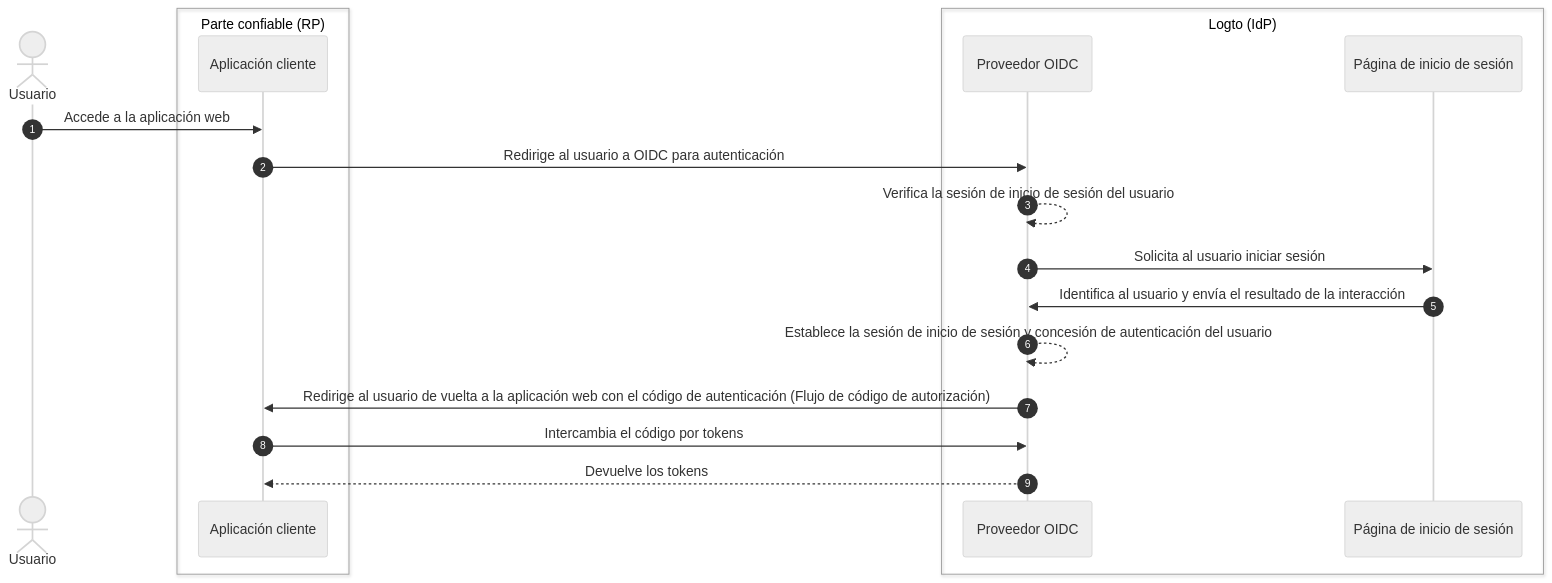
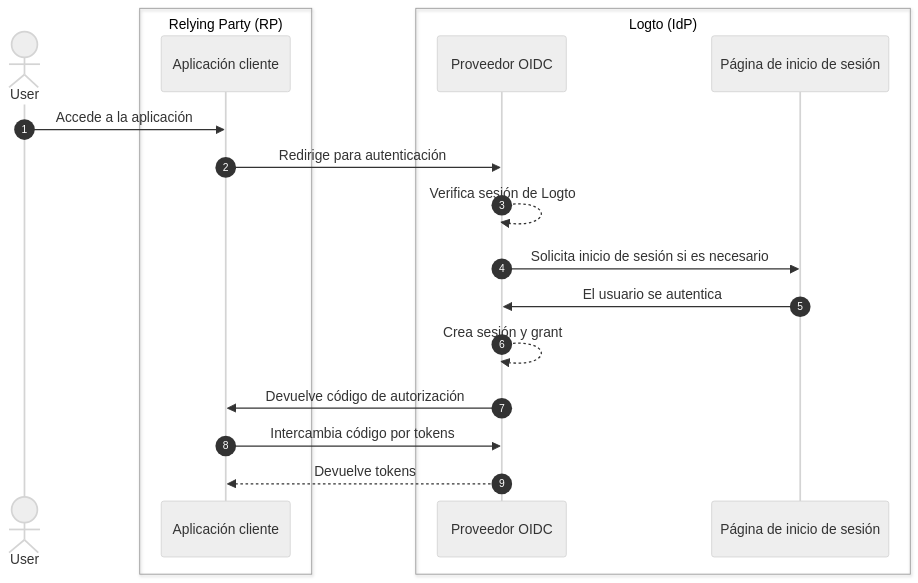
Before and after one commit to logto-io/docs: the second of 5 diagrams in i18n/es/docusaurus-plugin-content-docs/current/end-user-flows/sign-out.mdx, drawn with Mermaid (neutral theme). The commit also changed other lines of this file and 74 other files, not shown here.

````diff
--- a/i18n/es/docusaurus-plugin-content-docs/current/end-user-flows/sign-out.mdx
+++ b/i18n/es/docusaurus-plugin-content-docs/current/end-user-flows/sign-out.mdx
@@ -13,24 +62,24 @@
 ```mermaid
-  sequenceDiagram
-    autonumber
-    actor Usuario
+sequenceDiagram
+  autonumber
+  actor User
 
-    box Parte confiable (RP)
-      participant Cliente as Aplicación cliente
-    end
+  box Relying Party (RP)
+    participant Client as Aplicación cliente
+  end
 
-    box Logto (IdP)
-      participant OIDC as Proveedor OIDC
-      participant SignIn as Página de inicio de sesión
-    end
+  box Logto (IdP)
+    participant OIDC as Proveedor OIDC
+    participant SignIn as Página de inicio de sesión
+  end
 
-    Usuario ->> Cliente: Accede a la aplicación web
-    Cliente ->> OIDC: Redirige al usuario a OIDC para autenticación
-    OIDC -->> OIDC: Verifica la sesión de inicio de sesión del usuario
-    OIDC ->> SignIn: Solicita al usuario iniciar sesión
-    SignIn ->> OIDC: Identifica al usuario y envía el resultado de la interacción
-    OIDC -->> OIDC: Establece la sesión de inicio de sesión y concesión de autenticación del usuario
-    OIDC ->> Cliente: Redirige al usuario de vuelta a la aplicación web con el código de autenticación (Flujo de código de autorización)
-    Cliente ->> OIDC: Intercambia el código por tokens
-    OIDC -->> Cliente: Devuelve los tokens
+  User ->> Client: Accede a la aplicación
+  Client ->> OIDC: Redirige para autenticación
+  OIDC -->> OIDC: Verifica sesión de Logto
+  OIDC ->> SignIn: Solicita inicio de sesión si es necesario
+  SignIn ->> OIDC: El usuario se autentica
+  OIDC -->> OIDC: Crea sesión y grant
+  OIDC ->> Client: Devuelve código de autorización
+  Client ->> OIDC: Intercambia código por tokens
+  OIDC -->> Client: Devuelve tokens
 ```
````
